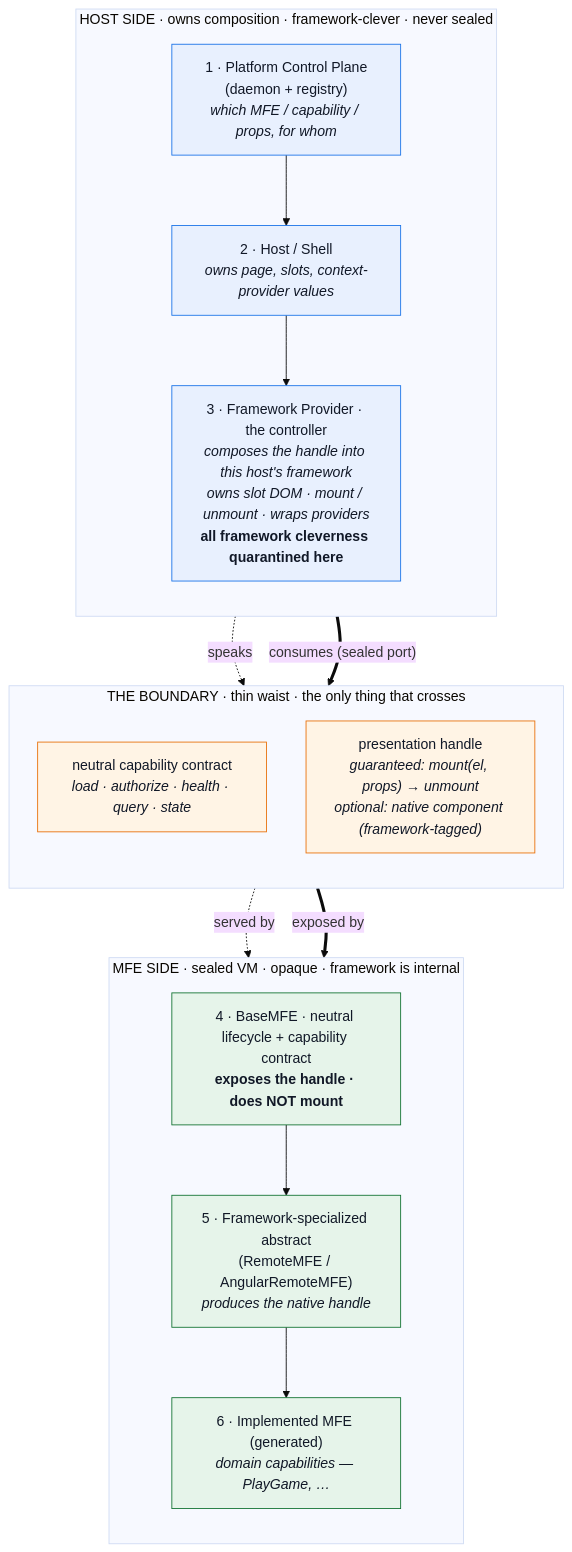
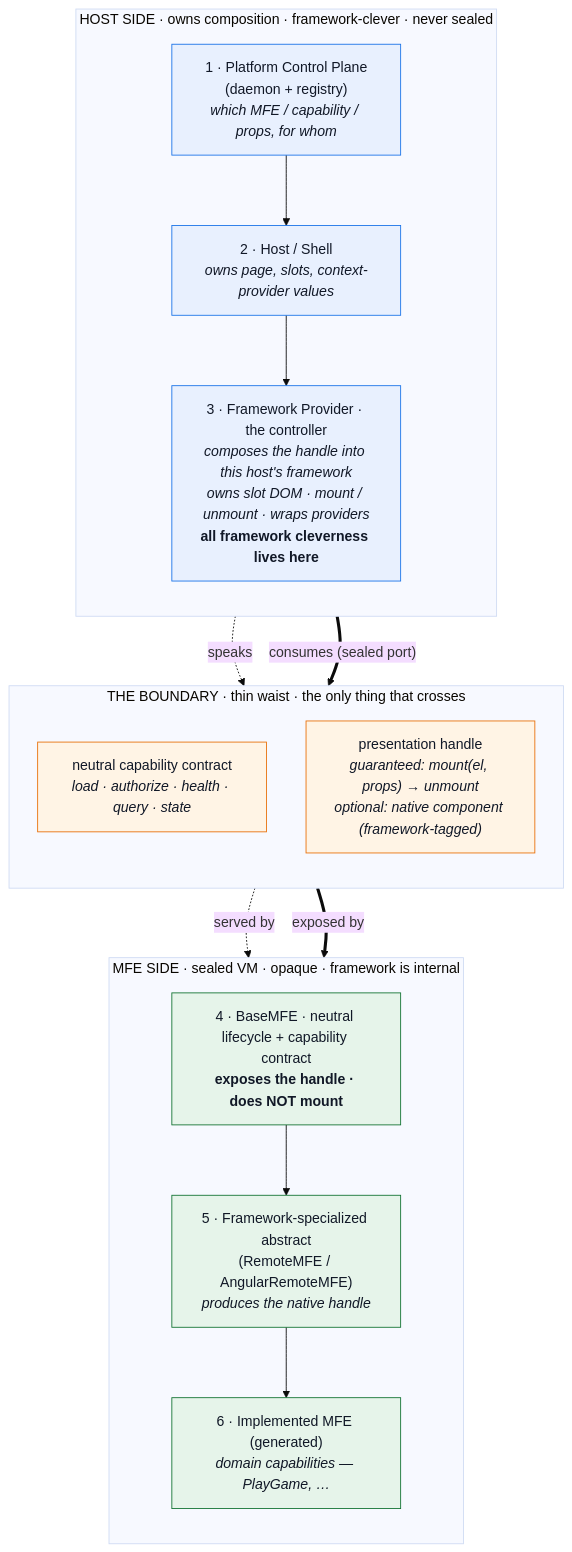
One commit to falese/seans-mfe-tool changed the diagram in docs/architecture-decisions/ADR-056-mfe-presentation-boundary.md. Above: the diagram before and after it, drawn with Mermaid (base theme). The commit also changed other lines of this file, not shown here.

````diff
--- a/docs/architecture-decisions/ADR-056-mfe-presentation-boundary.md
+++ b/docs/architecture-decisions/ADR-056-mfe-presentation-boundary.md
@@ -56,39 +77,39 @@
 ```mermaid
 %%{init: {'flowchart': {'nodeSpacing': 45, 'rankSpacing': 55}}}%%
 flowchart TB
     subgraph HOST["HOST SIDE · owns composition · framework-clever · never sealed"]
         direction TB
         CP["1 · Platform Control Plane<br/>(daemon + registry)<br/><i>which MFE / capability / props, for whom</i>"]
         SHELL["2 · Host / Shell<br/><i>owns page, slots, context-provider values</i>"]
-        FP["3 · Framework Provider · the controller<br/><i>composes the handle into this host's framework</i><br/><i>owns slot DOM · mount / unmount · wraps providers</i><br/><b>all framework cleverness quarantined here</b>"]
+        FP["3 · Framework Provider · the controller<br/><i>composes the handle into this host's framework</i><br/><i>owns slot DOM · mount / unmount · wraps providers</i><br/><b>all framework cleverness lives here</b>"]
         CP --> SHELL --> FP
     end
 
     subgraph WAIST["THE BOUNDARY · thin waist · the only thing that crosses"]
         direction TB
         CAP["neutral capability contract<br/><i>load · authorize · health · query · state</i>"]
         HANDLE["presentation handle<br/><i>guaranteed: mount(el, props) → unmount</i><br/><i>optional: native component (framework-tagged)</i>"]
     end
 
     subgraph MFE["MFE SIDE · sealed VM · opaque · framework is internal"]
         direction TB
         BASE["4 · BaseMFE · neutral lifecycle + capability contract<br/><b>exposes the handle · does NOT mount</b>"]
         ABS["5 · Framework-specialized abstract<br/>(RemoteMFE / AngularRemoteMFE)<br/><i>produces the native handle</i>"]
         IMPL["6 · Implemented MFE (generated)<br/><i>domain capabilities — PlayGame, …</i>"]
         BASE --> ABS --> IMPL
     end
 
     %% Every cross-waist edge flows downward: HOST → waist → MFE.
     %% The provider only ever touches the handle (the sealed port), never BaseMFE.
     CP -. speaks .-> CAP
     FP == "consumes (sealed port)" ==> HANDLE
     CAP -. served by .-> BASE
     HANDLE == "exposed by" ==> BASE
 
     classDef host fill:#e8f0fe,stroke:#1a73e8,color:#111827;
     classDef waist fill:#fff4e5,stroke:#e8710a,color:#111827;
     classDef mfe fill:#e6f4ea,stroke:#137333,color:#111827;
     class CP,SHELL,FP host;
     class CAP,HANDLE waist;
     class BASE,ABS,IMPL mfe;
 ```
````
